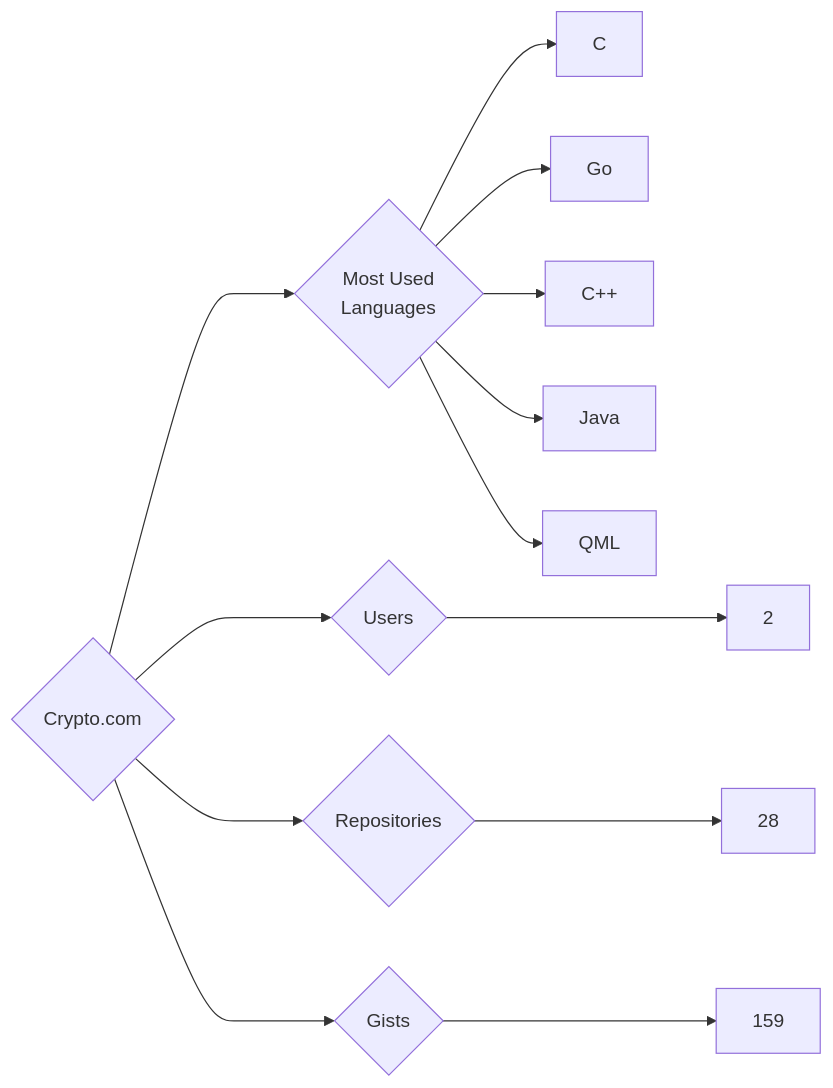
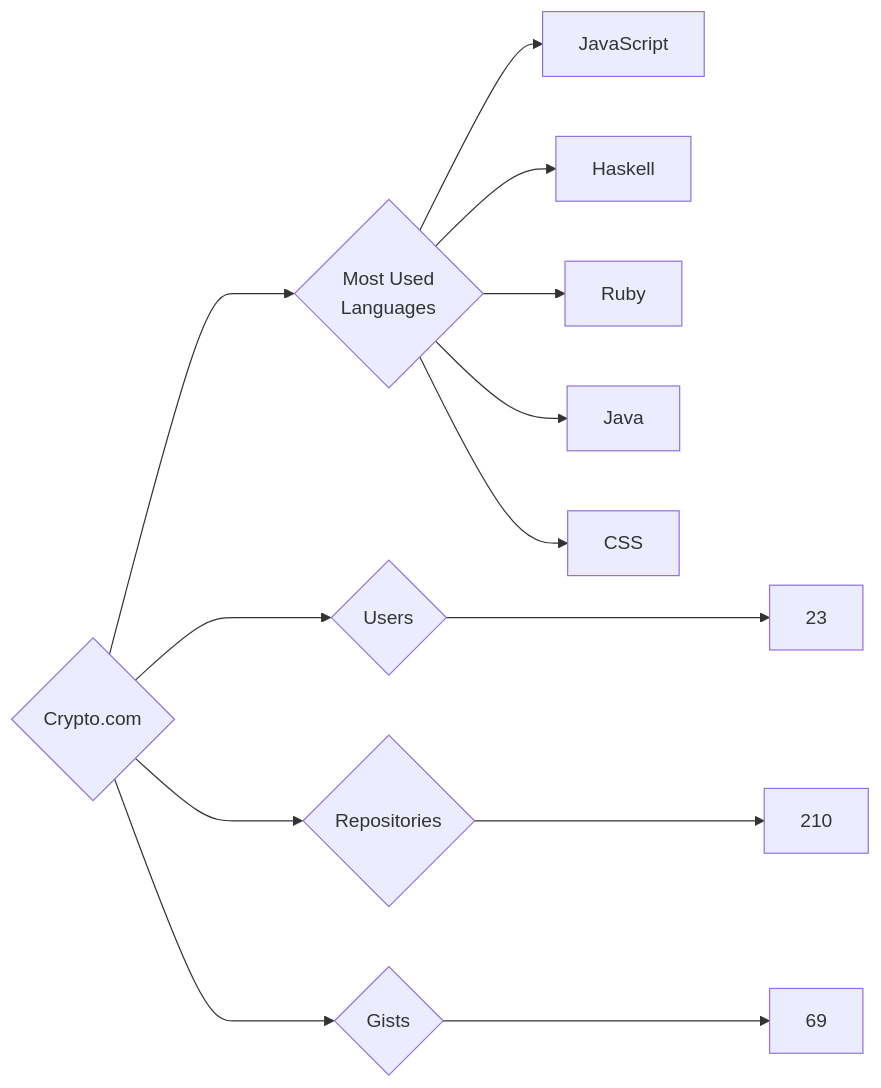
One commit to trickest/insiders changed the diagram in targets/Crypto.com/README.md. Above: the diagram before and after it, drawn with Mermaid. The commit also changed 782 other files, not shown here.

````diff
--- a/targets/Crypto.com/README.md
+++ b/targets/Crypto.com/README.md
@@ -3,13 +3,13 @@
 ```mermaid
 graph LR
 COMPANY_NAME{Crypto.com}
-COMPANY_NAME ---> U{Users} ---> UN[2]
-COMPANY_NAME ---> R{Repositories} ---> RN[28]
-COMPANY_NAME ---> G{Gists} ---> GN[159]
+COMPANY_NAME ---> U{Users} ---> UN[23]
+COMPANY_NAME ---> R{Repositories} ---> RN[210]
+COMPANY_NAME ---> G{Gists} ---> GN[69]
 COMPANY_NAME ---> ML{Most Used<br>Languages}
-ML --> C[C]
-ML --> Go[Go]
-ML --> C++[C++]
+ML --> JavaScript[JavaScript]
+ML --> Haskell[Haskell]
+ML --> Ruby[Ruby]
 ML --> Java[Java]
-ML --> QML[QML]
+ML --> CSS[CSS]
 ```
````
